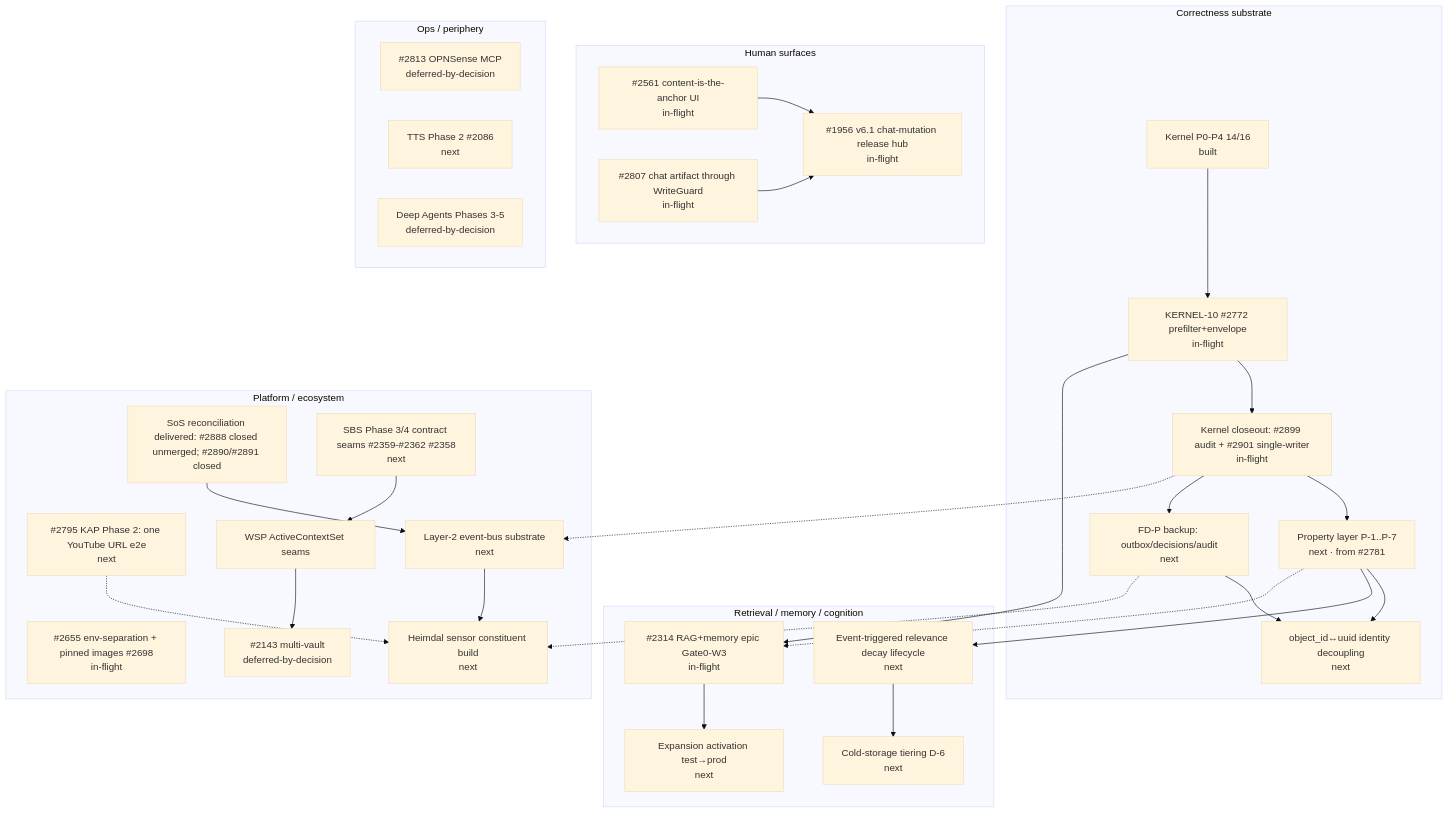
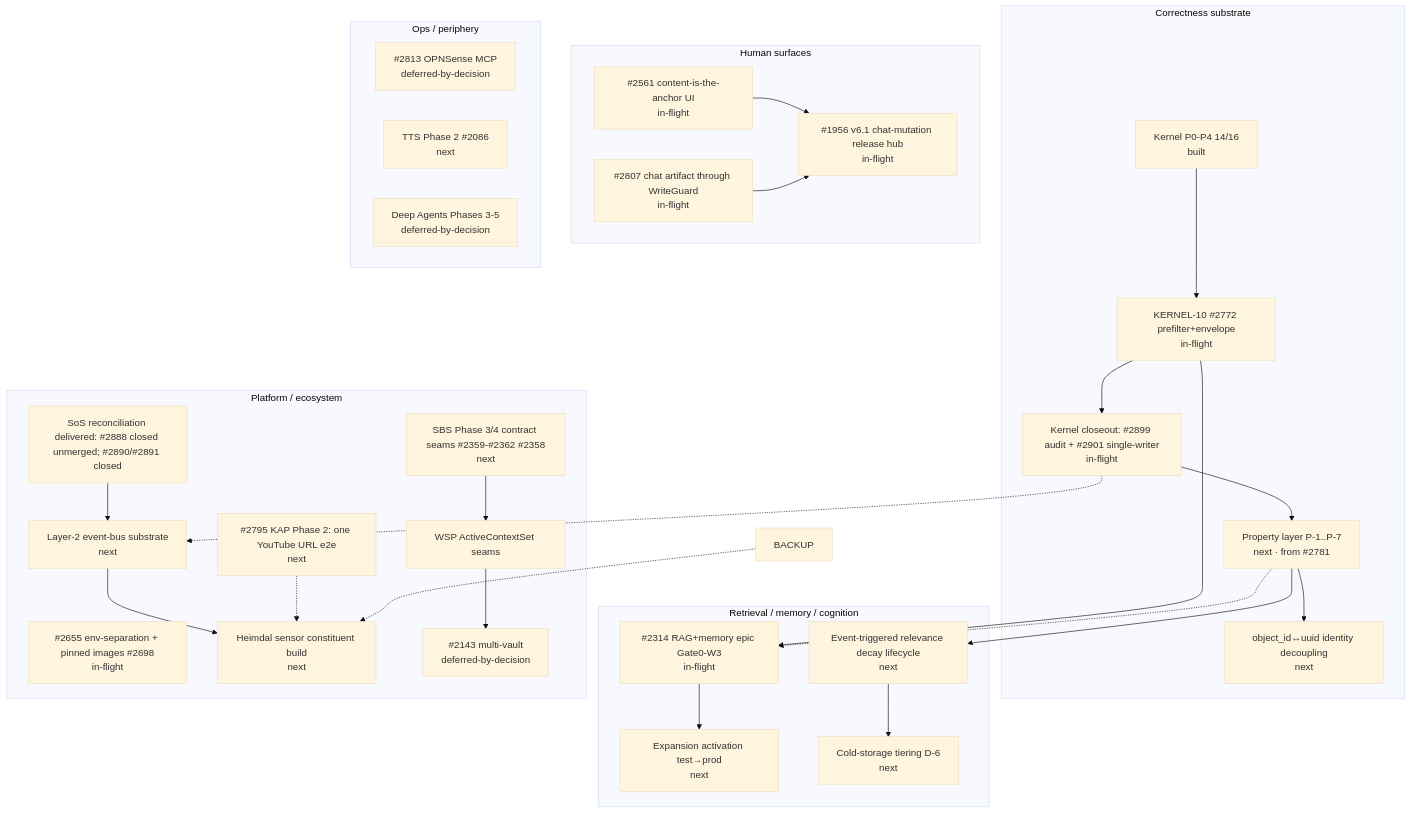
Before and after one commit to RasmusTho/agentic-pkm-mvp: the diagram in docs/architecture/evolution-graph.md, drawn with Mermaid (base theme). The commit also changed other lines of this file and 4 other files, not shown here.

````diff
--- a/docs/architecture/evolution-graph.md
+++ b/docs/architecture/evolution-graph.md
@@ -21,46 +21,44 @@
 ```mermaid
 graph TD
   subgraph Substrate["Correctness substrate"]
     K0[Kernel P0-P4 14/16<br/>built] --> K10[KERNEL-10 #2772 prefilter+envelope<br/>in-flight]
     K10 --> KCLOSE[Kernel closeout: #2899 audit + #2901 single-writer<br/>in-flight]
     KCLOSE --> PROPS[Property layer P-1..P-7<br/>next  · from #2781]
-    KCLOSE --> BACKUP[FD-P backup: outbox/decisions/audit<br/>next]
     PROPS --> IDENT[object_id↔uuid identity decoupling<br/>next]
-    BACKUP --> IDENT
   end
 
   subgraph Cognition["Retrieval / memory / cognition"]
     K10 --> RAG[#2314 RAG+memory epic Gate0-W3<br/>in-flight]
     RAG --> EXPAND[Expansion activation test→prod<br/>next]
     PROPS --> DECAY[Event-triggered relevance decay lifecycle<br/>next]
     DECAY --> COLD[Cold-storage tiering D-6<br/>next]
   end
 
   subgraph Surfaces["Human surfaces"]
     UI[#2561 content-is-the-anchor UI<br/>in-flight] --> V61[#1956 v6.1 chat-mutation release hub<br/>in-flight]
     CHAT[#2807 chat artifact through WriteGuard<br/>in-flight] --> V61
   end
 
   subgraph Platform["Platform / ecosystem"]
     DEPLOY[#2655 env-separation + pinned images #2698<br/>in-flight]
     SOS[SoS reconciliation delivered: #2888 closed unmerged; #2890/#2891 closed]
     KAP2[#2795 KAP Phase 2: one YouTube URL e2e<br/>next]
     SOS --> BUS[Layer-2 event-bus substrate<br/>next]
     KCLOSE -.-> BUS
     BUS --> HEIM[Heimdal sensor constituent build<br/>next]
     KAP2 -.-> HEIM
     SBS34[SBS Phase 3/4 contract seams #2359-#2362 #2358<br/>next]
     MV[#2143 multi-vault<br/>deferred-by-decision]
     WSP[WSP ActiveContextSet seams] --> MV
     SBS34 --> WSP
   end
 
   subgraph Ops["Ops / periphery"]
     OPN[#2813 OPNSense MCP<br/>deferred-by-decision]
     TTS[TTS Phase 2 #2086<br/>next]
     DEEP[Deep Agents Phases 3-5<br/>deferred-by-decision]
   end
 
   PROPS -.-> RAG
   BACKUP -.-> HEIM
 ```
````
